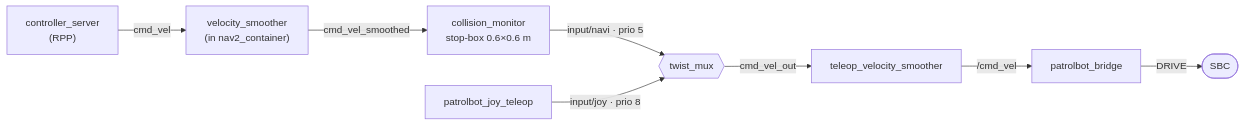
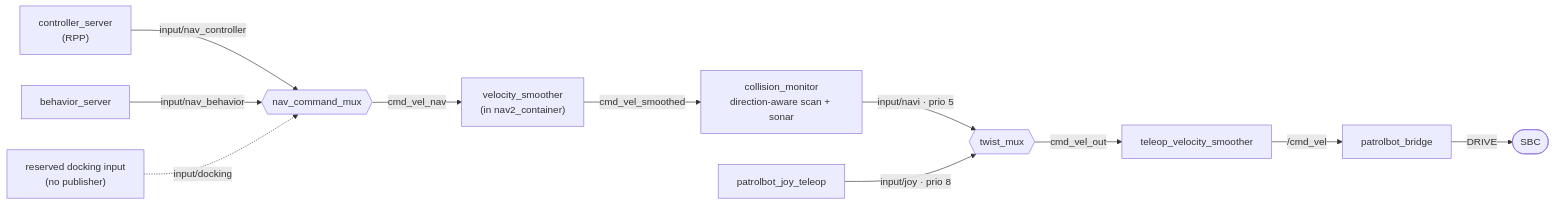
One commit to cmu-impactlab/patrolbot changed the second of 2 diagrams in docs/architecture/software-architecture.md. Above: the diagram before and after it, drawn with Mermaid. The commit also changed other lines of this file and 38 other files, not shown here.

````diff
--- a/docs/architecture/software-architecture.md
+++ b/docs/architecture/software-architecture.md
@@ -98,10 +107,13 @@
 ```mermaid
 flowchart LR
-    RPP["controller_server\n(RPP)"] -->|cmd_vel| VS["velocity_smoother\n(in nav2_container)"]
-    VS -->|cmd_vel_smoothed| CM["collision_monitor\nstop-box 0.6×0.6 m"]
+    RPP["controller_server\n(RPP)"] -->|input/nav_controller| NM{{"nav_command_mux"}}
+    BS["behavior_server"] -->|input/nav_behavior| NM
+    FD["reserved docking input\n(no publisher)"] -.->|input/docking| NM
+    NM -->|cmd_vel_nav| VS["velocity_smoother\n(in nav2_container)"]
+    VS -->|cmd_vel_smoothed| CM["collision_monitor\ndirection-aware scan + sonar"]
     CM -->|input/navi · prio 5| TM{{"twist_mux"}}
     JT["patrolbot_joy_teleop"] -->|input/joy · prio 8| TM
     TM -->|cmd_vel_out| TVS["teleop_velocity_smoother"]
     TVS -->|/cmd_vel| BR["patrolbot_bridge"]
     BR -->|DRIVE| SBC([SBC])
 ```
````
